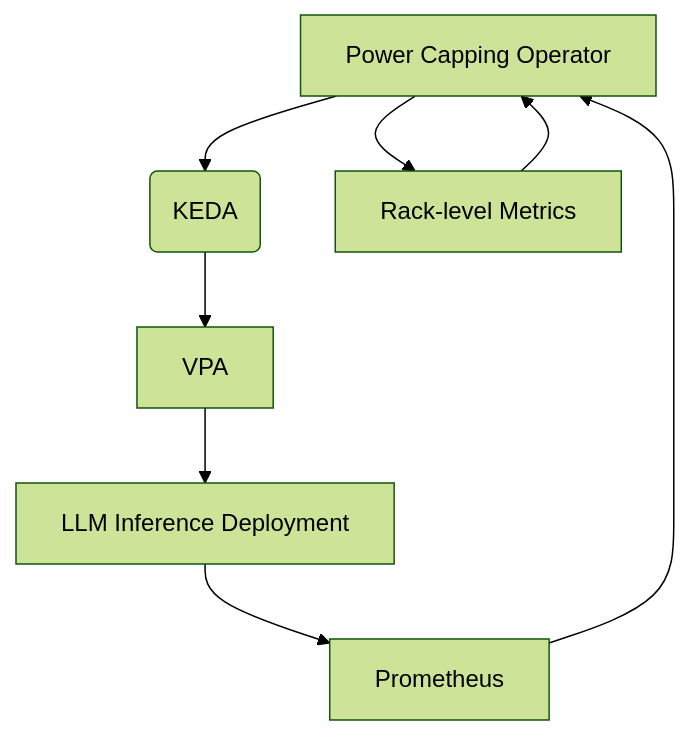
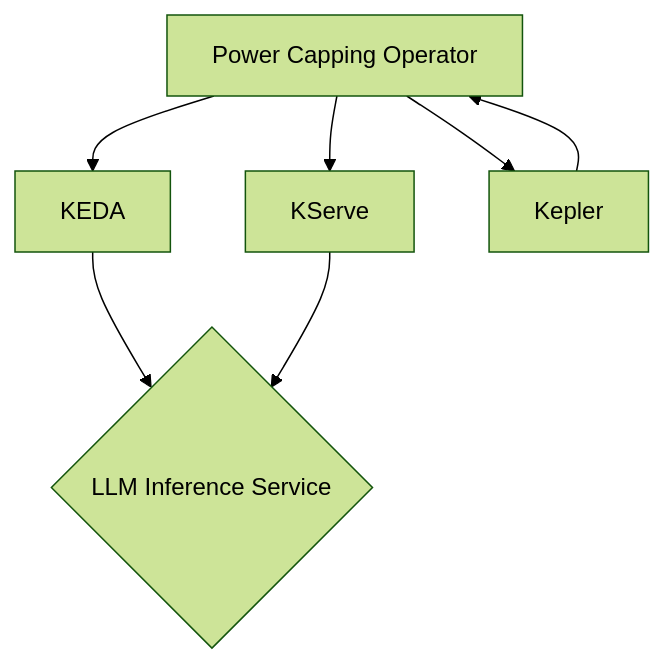
Before and after one commit to Climatik-Project/Climatik-Project: the second of 2 diagrams in README.md, drawn with Mermaid (forest theme). The commit also changed other lines of this file, not shown here.

Commit message:
update readme with VPA idea

````diff
--- a/README.md
+++ b/README.md
@@ -547,10 +52,9 @@
 ```mermaid
 graph TD
-A[Power Capping Operator] --> B(KEDA)
-B --> C[VPA]
-C --> D[LLM Inference Deployment]
-D --> E[Prometheus]
-E --> A
-A --> F[Rack-level Metrics]
-F --> A
+A[Power Capping Operator] --> B[KEDA]
+A --> C[KServe]
+A --> D[Kepler]
+B --> E{LLM Inference Service}
+C --> E
+D --> A
 ```
````
